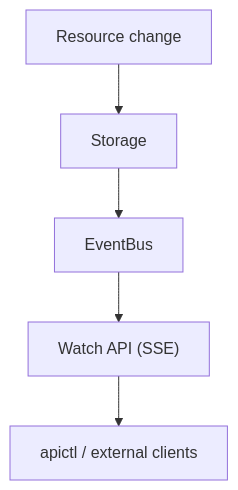
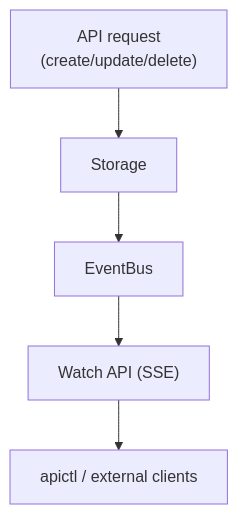
One commit to pergus/api-server changed diagram 15 of 23 in BOOK.md. Above: the diagram before and after it, drawn with Mermaid. The commit also changed other lines of this file, not shown here.

Commit message:
Fixed Listing/Figure numbering

````diff
--- a/BOOK.md
+++ b/BOOK.md
@@ -8655,7 +8664,7 @@
 ```mermaid
 flowchart TD
-    A["Resource change"] --> B["Storage"]
+    A["API request<br/>(create/update/delete)"] --> B["Storage"]
     B --> C["EventBus"]
     C --> D["Watch API (SSE)"]
     D --> E["apictl / external clients"]
 ```
````
